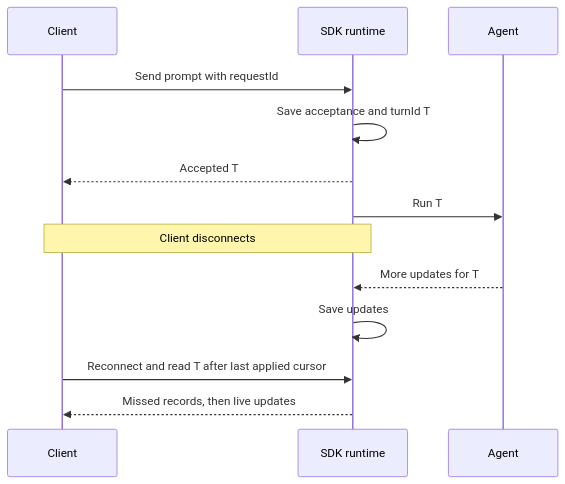
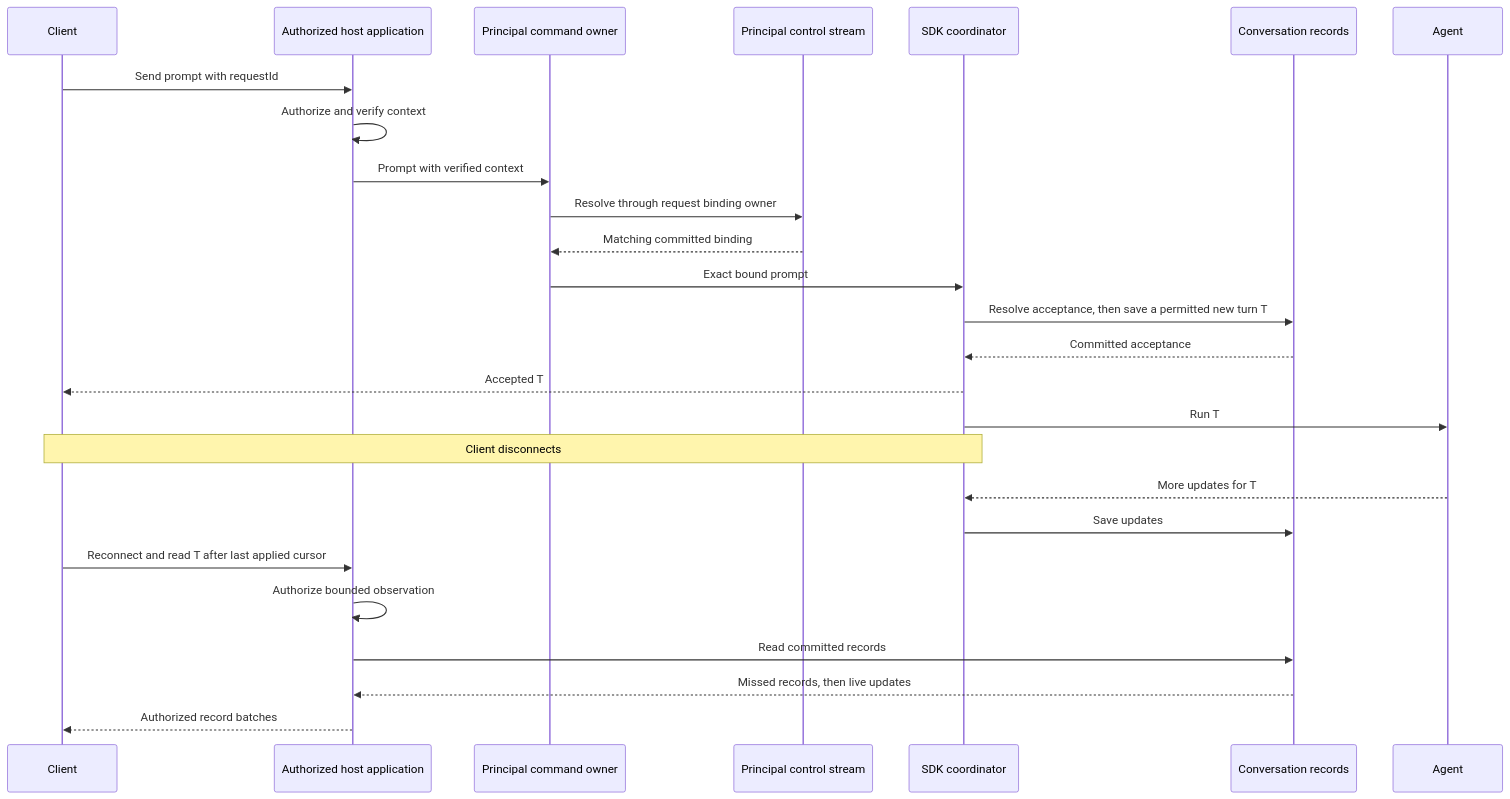
Before and after one commit to nessalabs/nessa-agent: the fifth of 10 diagrams in docs/adr/todo/0008-agent-client-api.md, drawn with Mermaid. The commit also changed other lines of this file and 7 other files, not shown here.

````diff
--- a/docs/adr/todo/0008-agent-client-api.md
+++ b/docs/adr/todo/0008-agent-client-api.md
@@ -399,15 +400,28 @@
 ```mermaid
 sequenceDiagram
     participant C as Client
-    participant R as SDK runtime
+    participant G as Authorized host application
+    participant I as Principal command owner
+    participant K as Principal control stream
+    participant R as SDK coordinator
+    participant S as Conversation records
     participant A as Agent
-    C->>R: Send prompt with requestId
-    R->>R: Save acceptance and turnId T
+    C->>G: Send prompt with requestId
+    G->>G: Authorize and verify context
+    G->>I: Prompt with verified context
+    I->>K: Resolve through request binding owner
+    K-->>I: Matching committed binding
+    I->>R: Exact bound prompt
+    R->>S: Resolve acceptance, then save a permitted new turn T
+    S-->>R: Committed acceptance
     R-->>C: Accepted T
     R->>A: Run T
     Note over C,R: Client disconnects
     A-->>R: More updates for T
-    R->>R: Save updates
-    C->>R: Reconnect and read T after last applied cursor
-    R-->>C: Missed records, then live updates
+    R->>S: Save updates
+    C->>G: Reconnect and read T after last applied cursor
+    G->>G: Authorize bounded observation
+    G->>S: Read committed records
+    S-->>G: Missed records, then live updates
+    G-->>C: Authorized record batches
 ```
````
